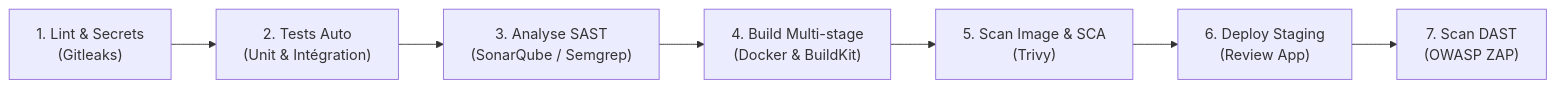
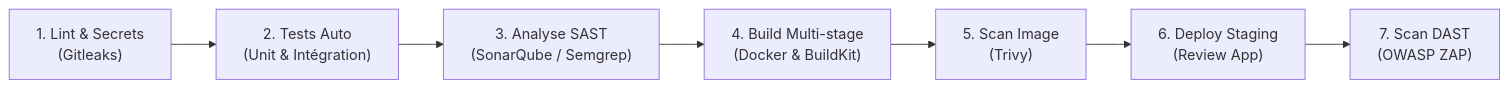
One commit to Momotoculteur/securepay-api changed the diagram in README.md. Above: the diagram before and after it, drawn with Mermaid. The commit also changed other lines of this file, not shown here.

Commit message:
docs: update specifications to focus on trivy image scan

````diff
--- a/README.md
+++ b/README.md
@@ -34,9 +34,9 @@
 ```mermaid
 flowchart LR
     LINT["1. Lint & Secrets\n(Gitleaks)"] --> TEST["2. Tests Auto\n(Unit & Intégration)"]
     TEST --> SAST["3. Analyse SAST\n(SonarQube / Semgrep)"]
     SAST --> BUILD["4. Build Multi-stage\n(Docker & BuildKit)"]
-    BUILD --> SCAN["5. Scan Image & SCA\n(Trivy)"]
+    BUILD --> SCAN["5. Scan Image\n(Trivy)"]
     SCAN --> DEPLOY["6. Deploy Staging\n(Review App)"]
     DEPLOY --> DAST["7. Scan DAST\n(OWASP ZAP)"]
 ```
````
